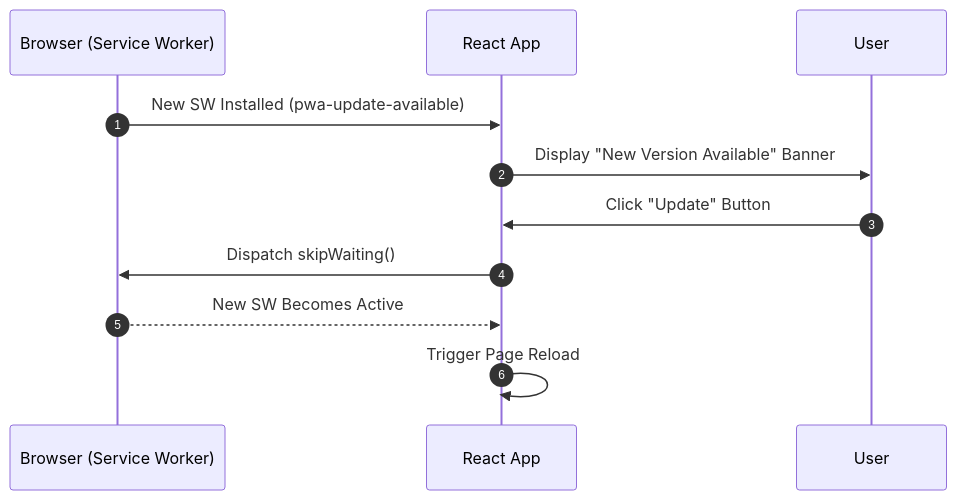
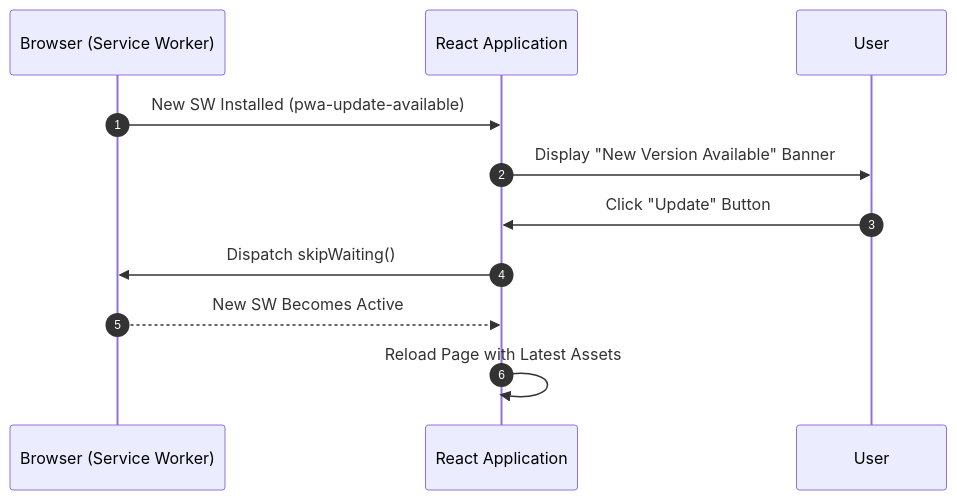
Before and after one commit to ScriptureHabit/scripture-habit: the diagram in docs/monitoring-observability.md, drawn with Mermaid. The commit also changed other lines of this file and 57 other files, not shown here.

Commit message:
docs: refine documentation prose and add structured diagram breakdowns across JA and EN

````diff
--- a/docs/monitoring-observability.md
+++ b/docs/monitoring-observability.md
@@ -33,14 +33,14 @@
 ```mermaid
 sequenceDiagram
     autonumber
     participant Browser as Browser (Service Worker)
-    participant App as React App
+    participant App as React Application
     participant User as User
 
     Browser->>App: New SW Installed (pwa-update-available)
     App->>User: Display "New Version Available" Banner
     User->>App: Click "Update" Button
     App->>Browser: Dispatch skipWaiting()
     Browser-->>App: New SW Becomes Active
-    App->>App: Trigger Page Reload
+    App->>App: Reload Page with Latest Assets
 ```
````
